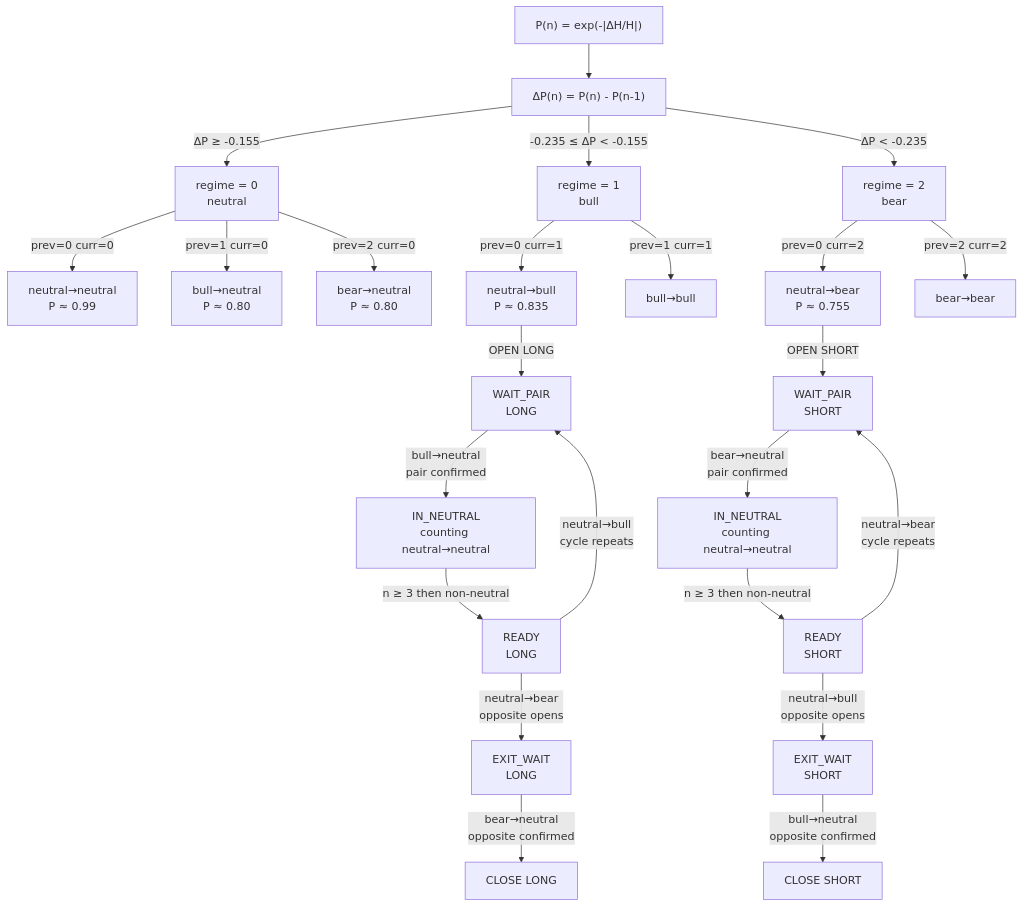
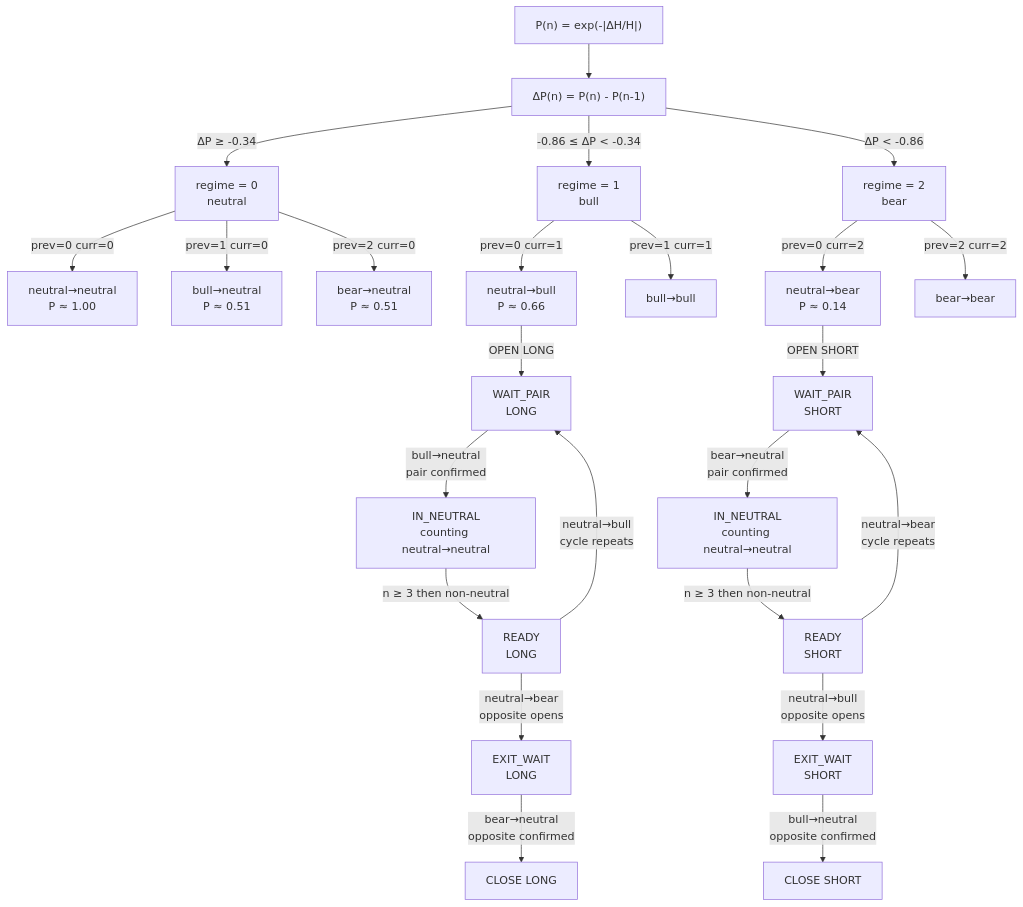
One commit to quantiota/SKA-Binance--API changed the diagram in structural_probability.md. Above: the diagram before and after it, drawn with Mermaid. The commit also changed other lines of this file and 4 other files, not shown here.

````diff
--- a/structural_probability.md
+++ b/structural_probability.md
@@ -141,38 +192,38 @@
 ```mermaid
 flowchart TD
     P["P(n) = exp(-|ΔH/H|)"]
     DP["ΔP(n) = P(n) - P(n-1)"]
 
     P --> DP
 
-    DP -->|"ΔP ≥ -0.155"| N["regime = 0\nneutral"]
-    DP -->|"-0.235 ≤ ΔP < -0.155"| B["regime = 1\nbull"]
-    DP -->|"ΔP < -0.235"| R["regime = 2\nbear"]
+    DP -->|"ΔP ≥ -0.34"| N["regime = 0\nneutral"]
+    DP -->|"-0.86 ≤ ΔP < -0.34"| B["regime = 1\nbull"]
+    DP -->|"ΔP < -0.86"| R["regime = 2\nbear"]
 
-    N -->|"prev=0 curr=0"| T0["neutral→neutral\nP ≈ 0.99"]
-    N -->|"prev=1 curr=0"| T1["bull→neutral\nP ≈ 0.80"]
-    N -->|"prev=2 curr=0"| T2["bear→neutral\nP ≈ 0.80"]
+    N -->|"prev=0 curr=0"| T0["neutral→neutral\nP ≈ 1.00"]
+    N -->|"prev=1 curr=0"| T1["bull→neutral\nP ≈ 0.51"]
+    N -->|"prev=2 curr=0"| T2["bear→neutral\nP ≈ 0.51"]
 
-    B -->|"prev=0 curr=1"| T3["neutral→bull\nP ≈ 0.835"]
+    B -->|"prev=0 curr=1"| T3["neutral→bull\nP ≈ 0.66"]
     B -->|"prev=1 curr=1"| T4["bull→bull"]
 
-    R -->|"prev=0 curr=2"| T5["neutral→bear\nP ≈ 0.755"]
+    R -->|"prev=0 curr=2"| T5["neutral→bear\nP ≈ 0.14"]
     R -->|"prev=2 curr=2"| T6["bear→bear"]
 
     T3 -->|"OPEN LONG"| WAIT_PAIR_L["WAIT_PAIR\nLONG"]
     T5 -->|"OPEN SHORT"| WAIT_PAIR_S["WAIT_PAIR\nSHORT"]
 
     WAIT_PAIR_L -->|"bull→neutral\npair confirmed"| IN_N_L["IN_NEUTRAL\ncounting neutral→neutral"]
     WAIT_PAIR_S -->|"bear→neutral\npair confirmed"| IN_N_S["IN_NEUTRAL\ncounting neutral→neutral"]
 
     IN_N_L -->|"n ≥ 3 then non-neutral"| READY_L["READY\nLONG"]
     IN_N_S -->|"n ≥ 3 then non-neutral"| READY_S["READY\nSHORT"]
 
     READY_L -->|"neutral→bull\ncycle repeats"| WAIT_PAIR_L
     READY_L -->|"neutral→bear\nopposite opens"| EXIT_L["EXIT_WAIT\nLONG"]
     EXIT_L -->|"bear→neutral\nopposite confirmed"| CLOSE_L["CLOSE LONG"]
 
     READY_S -->|"neutral→bear\ncycle repeats"| WAIT_PAIR_S
     READY_S -->|"neutral→bull\nopposite opens"| EXIT_S["EXIT_WAIT\nSHORT"]
     EXIT_S -->|"bull→neutral\nopposite confirmed"| CLOSE_S["CLOSE SHORT"]
 ```
````
